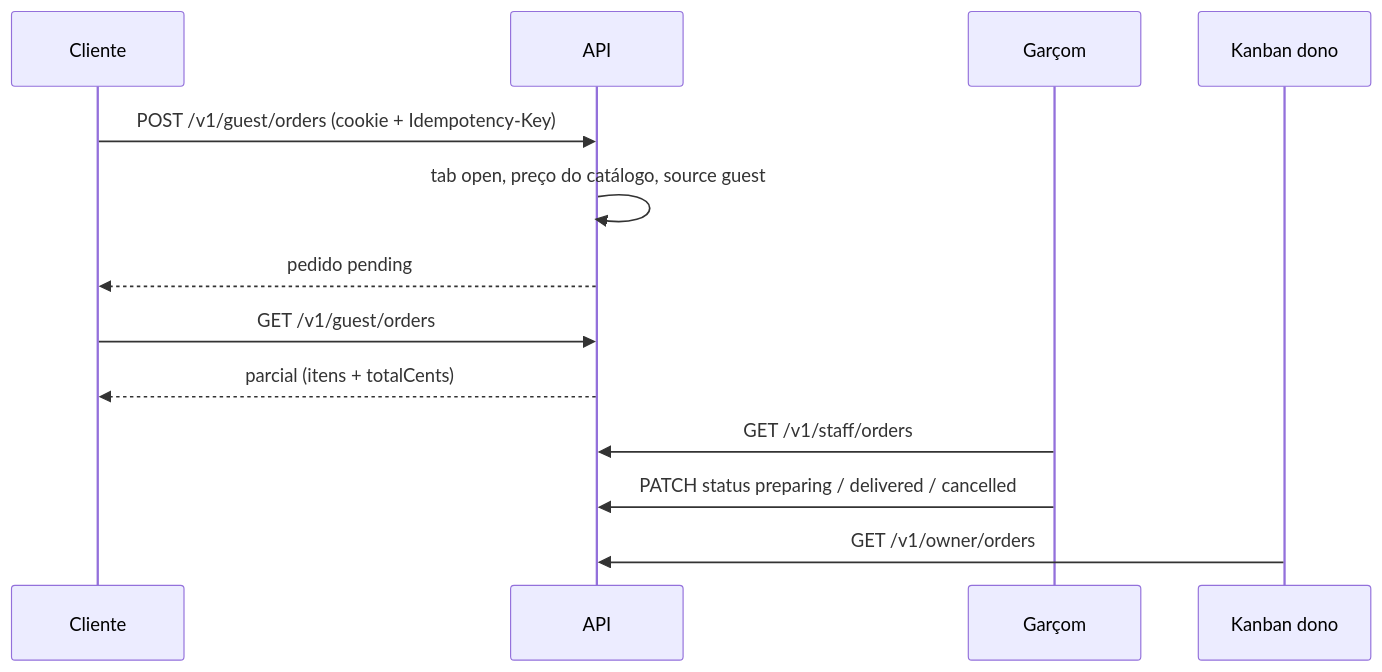
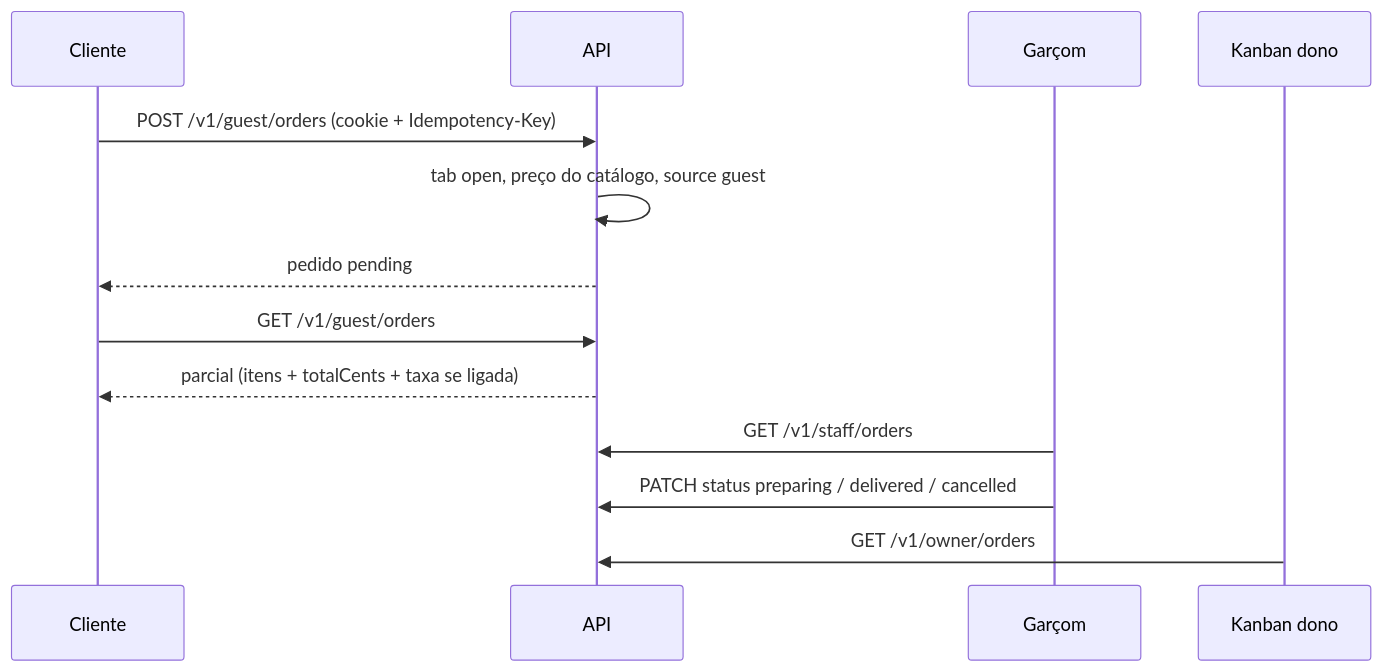
Before and after one commit to filiperamosds/eaimesa-frontend: the sixth of 7 diagrams in docs/product/fluxos.md, drawn with Mermaid. The commit also changed other lines of this file and 16 other files, not shown here.

First line of the commit message:
feat(comanda): mostra taxa de serviço na parcial e na impressão (#54)

````diff
--- a/docs/product/fluxos.md
+++ b/docs/product/fluxos.md
@@ -128,16 +128,16 @@
 ```mermaid
 sequenceDiagram
   participant C as Cliente
   participant API as API
   participant G as Garçom
   participant K as Kanban dono
 
   C->>API: POST /v1/guest/orders (cookie + Idempotency-Key)
   API->>API: tab open, preço do catálogo, source guest
   API-->>C: pedido pending
   C->>API: GET /v1/guest/orders
-  API-->>C: parcial (itens + totalCents)
+  API-->>C: parcial (itens + totalCents + taxa se ligada)
   G->>API: GET /v1/staff/orders
   G->>API: PATCH status preparing / delivered / cancelled
   K->>API: GET /v1/owner/orders
 ```
````
